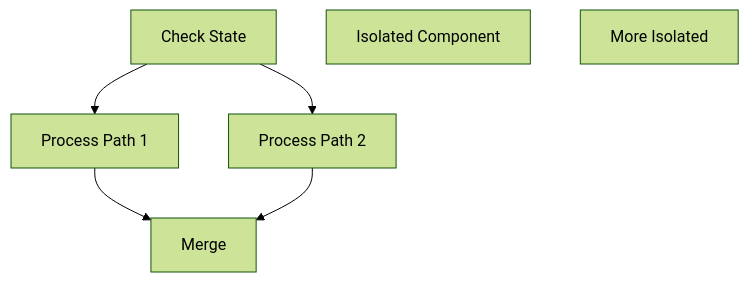
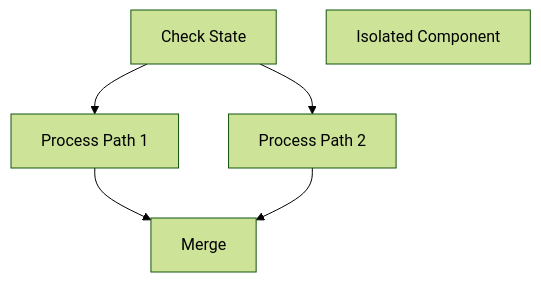
One commit to CyanAutomation/merm8 changed the diagram in benchmarks/cases/flowchart/violations/two-isolated.mmd. Above: the diagram before and after it, drawn with Mermaid (forest theme). The commit also changed 6 other files, not shown here.

```diff
--- a/benchmarks/cases/flowchart/violations/two-isolated.mmd
+++ b/benchmarks/cases/flowchart/violations/two-isolated.mmd
@@ -1,16 +1,15 @@
 graph TD
     A["Check State"]
     B["Process Path 1"]
     C["Process Path 2"]
     D["Merge"]
     E["Isolated Component"]
-    F["More Isolated"]
     
     A --> B
     B --> D
     A --> C
     C --> D
     
-    %% E and F are completely disconnected
+    %% E is completely disconnected
     
     %% @rule: no-disconnected-nodes
```
